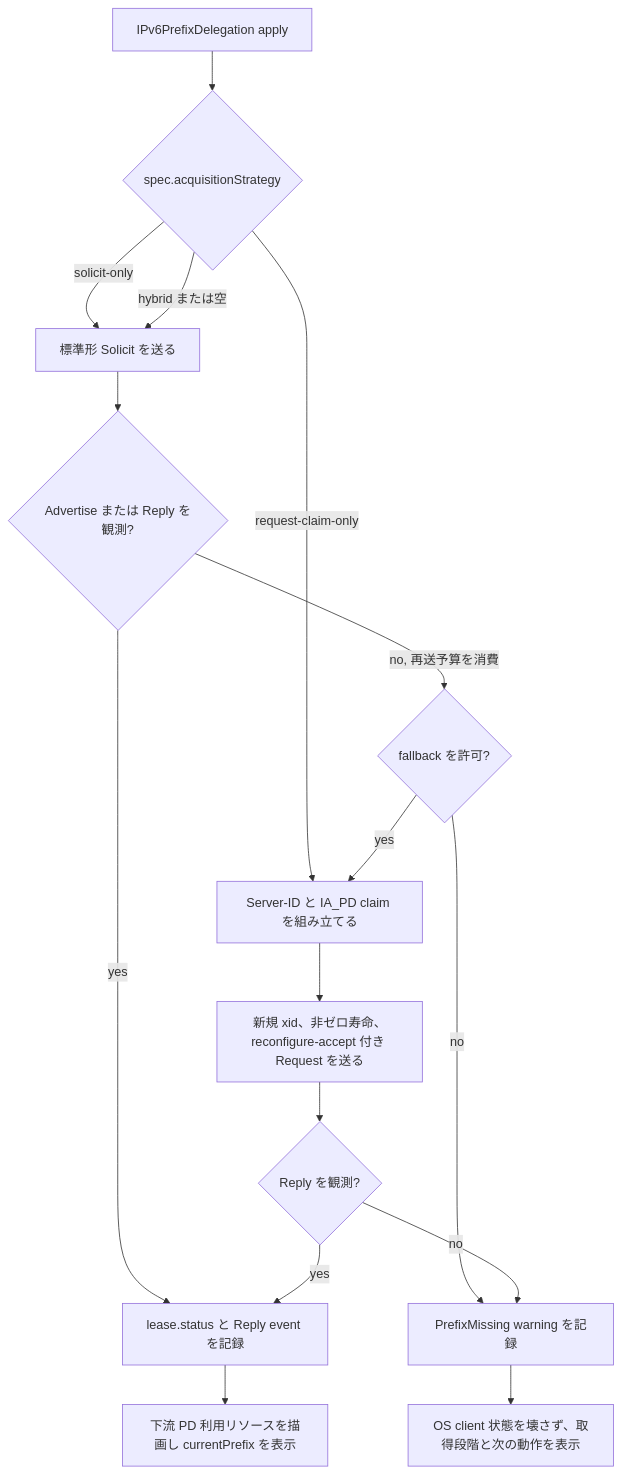
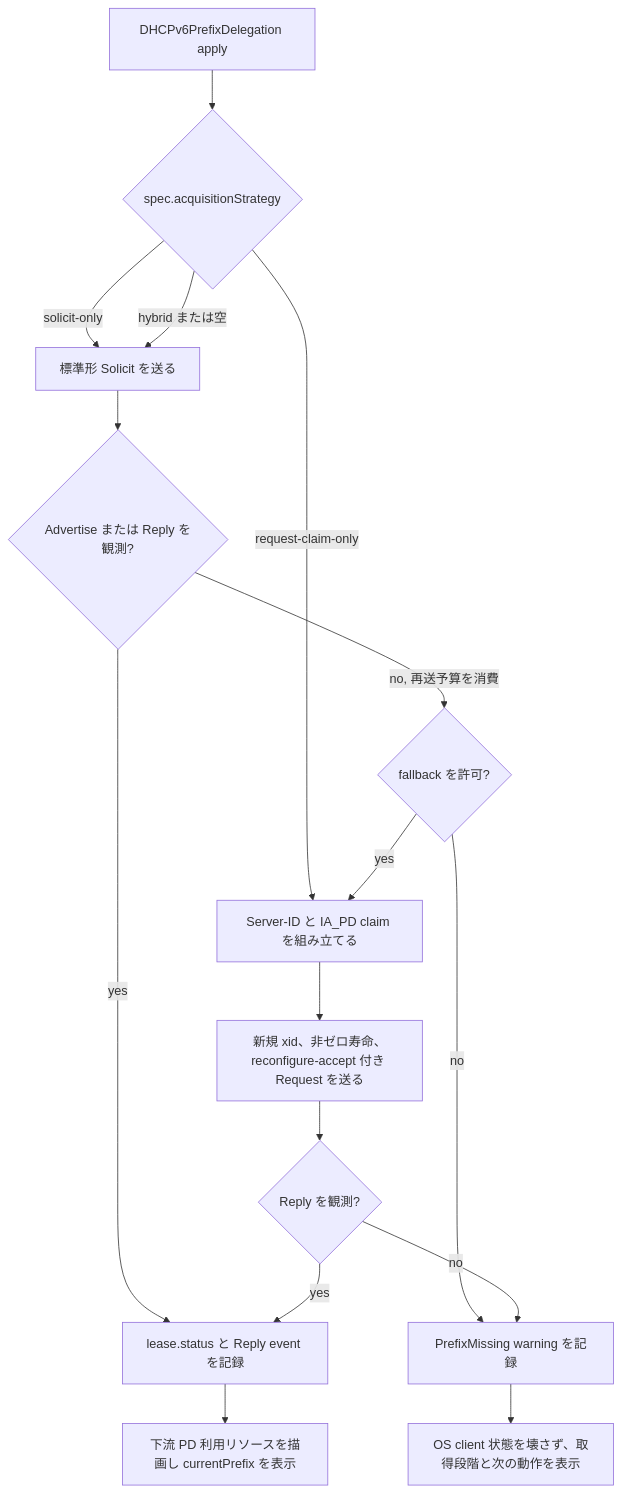
One commit to imksoo/routerd changed the first of 2 diagrams in website/i18n/ja/docusaurus-plugin-content-docs/current/design-notes.md. Above: the diagram before and after it, drawn with Mermaid. The commit also changed other lines of this file and 81 other files, not shown here.

````diff
--- a/website/i18n/ja/docusaurus-plugin-content-docs/current/design-notes.md
+++ b/website/i18n/ja/docusaurus-plugin-content-docs/current/design-notes.md
@@ -524,18 +524,18 @@
 ```mermaid
 flowchart TD
-  A[IPv6PrefixDelegation apply] --> B{spec.acquisitionStrategy}
+  A[DHCPv6PrefixDelegation apply] --> B{spec.acquisitionStrategy}
   B -->|solicit-only| C[標準形 Solicit を送る]
   B -->|request-claim-only| F[Server-ID と IA_PD claim を組み立てる]
   B -->|hybrid または空| C
   C --> D{Advertise または Reply を観測?}
   D -->|yes| G[lease.status と Reply event を記録]
   D -->|no, 再送予算を消費| E{fallback を許可?}
   E -->|no| H[PrefixMissing warning を記録]
   E -->|yes| F
   F --> I[新規 xid、非ゼロ寿命、reconfigure-accept 付き Request を送る]
   I --> J{Reply を観測?}
   J -->|yes| G
   J -->|no| H
   G --> K[下流 PD 利用リソースを描画し currentPrefix を表示]
   H --> L[OS client 状態を壊さず、取得段階と次の動作を表示]
 ```
````
